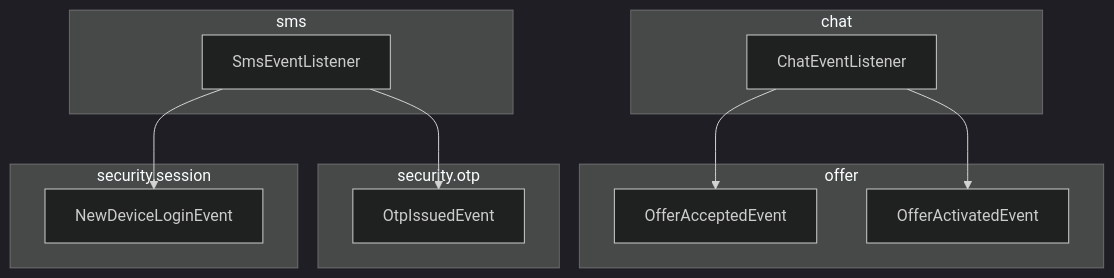
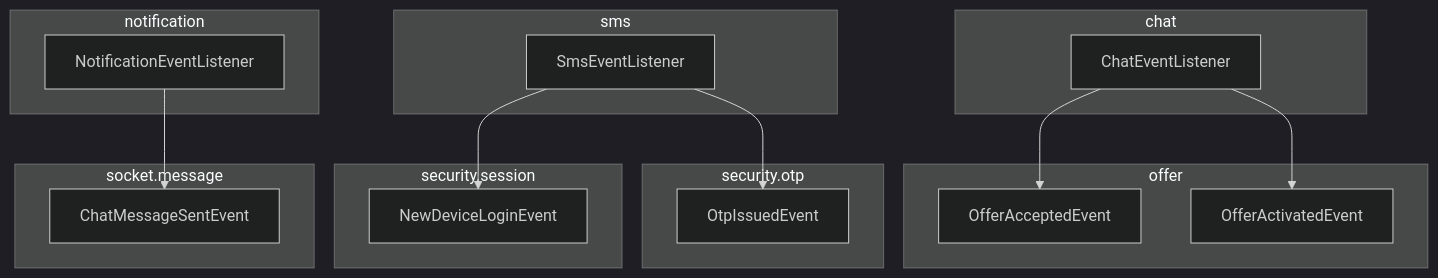
Before and after one commit to mortonCareer/bconnect: the third of 3 diagrams in apps/api/docs/project-structure.md, drawn with Mermaid (dark theme). The commit also changed other lines of this file and 2 other files, not shown here.

Commit message:
docs(api): 알림 아키텍처 · 파일 레퍼런스 문서 추가 (#211)
- notification-architecture.md: 흐름 · 시퀀스 · 의존 규칙 · 타입 카탈로그 · payload
- notification-file-reference.md: 파일별 기능 · 설계 의도
- project-structure.md: notification 모듈 · sink 의존 방향 반영

````diff
--- a/apps/api/docs/project-structure.md
+++ b/apps/api/docs/project-structure.md
@@ -82,23 +83,30 @@
 ```mermaid
 graph TD
   subgraph chat
     ChatL[ChatEventListener]
   end
   subgraph offer
     OfferAE[OfferAcceptedEvent]
     OfferVE[OfferActivatedEvent]
   end
   subgraph sms
     SmsL[SmsEventListener]
   end
   subgraph security.otp
     OtpE[OtpIssuedEvent]
   end
   subgraph security.session
     LoginE[NewDeviceLoginEvent]
   end
+  subgraph socket.message
+    ChatMsgE[ChatMessageSentEvent]
+  end
+  subgraph notification
+    NotiL[NotificationEventListener]
+  end
   ChatL --> OfferAE
   ChatL --> OfferVE
   SmsL --> OtpE
   SmsL --> LoginE
+  NotiL --> ChatMsgE
 ```
````
